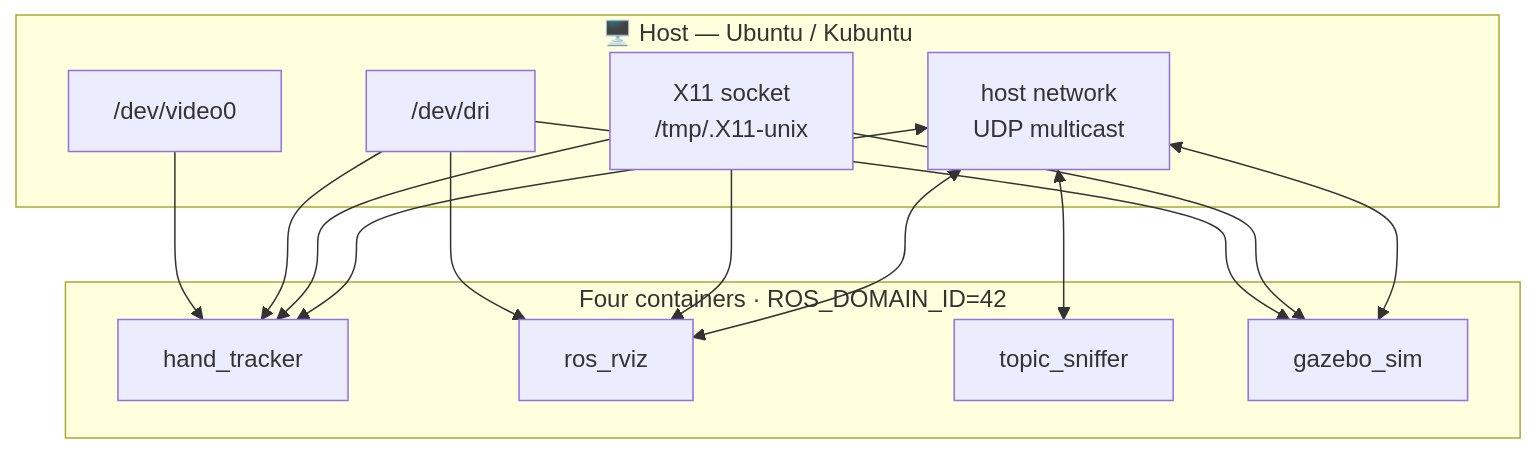
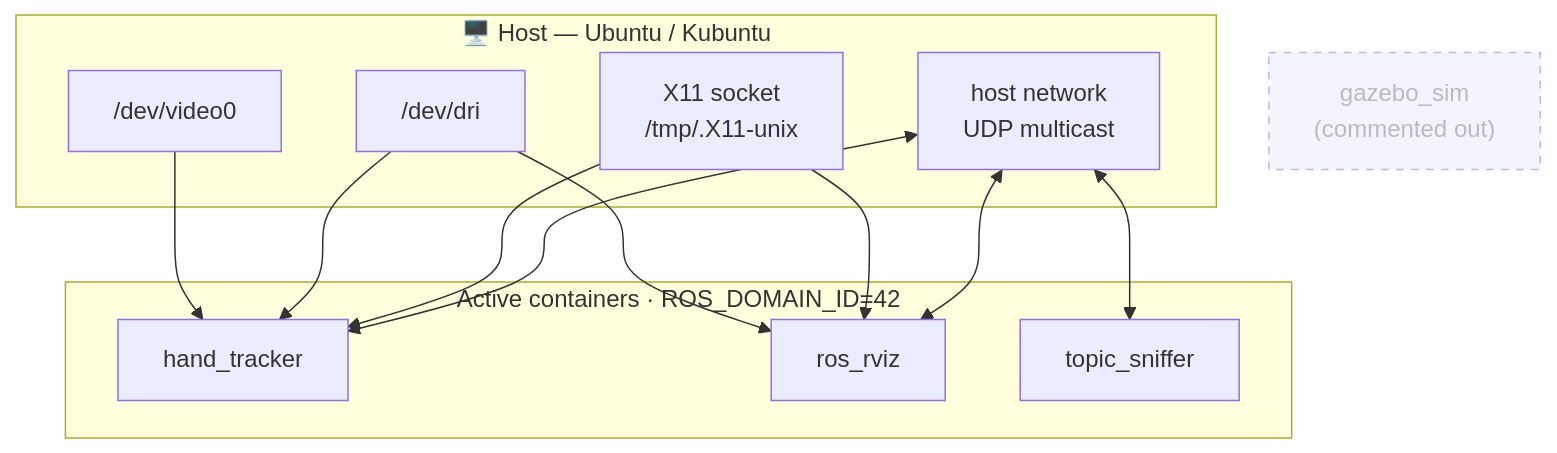
One commit to mulhamfetna/mulham-fetna-blog changed the diagram in content/Projects/ros2-mediapipe-robotic-hand-digital-twin-vision-teleoperation/docker-gazebo/index.md. Above: the diagram before and after it, drawn with Mermaid. The commit also changed other lines of this file and 23 other files, not shown here.

```diff
--- a/content/Projects/ros2-mediapipe-robotic-hand-digital-twin-vision-teleoperation/docker-gazebo/index.md
+++ b/content/Projects/ros2-mediapipe-robotic-hand-digital-twin-vision-teleoperation/docker-gazebo/index.md
@@ -34,26 +36,24 @@
 {{< mermaid >}}
 flowchart TB
     subgraph HOST["🖥️ Host — Ubuntu / Kubuntu"]
         X11["X11 socket<br>/tmp/.X11-unix"]
         CAM["/dev/video0"]
         GPU["/dev/dri"]
         NET["host network<br>UDP multicast"]
     end
-    subgraph C["Four containers · ROS_DOMAIN_ID=42"]
+    subgraph C["Active containers · ROS_DOMAIN_ID=42"]
         HT["hand_tracker"]
         RV["ros_rviz"]
         TS["topic_sniffer"]
-        GZ["gazebo_sim"]
     end
+    GZ["gazebo_sim<br>(commented out)"]:::parked
+    classDef parked stroke-dasharray: 5 5,opacity:0.55
     CAM --> HT
     GPU --> HT
     GPU --> RV
-    GPU --> GZ
     X11 --> HT
     X11 --> RV
-    X11 --> GZ
     NET <--> HT
     NET <--> RV
     NET <--> TS
-    NET <--> GZ
 {{< /mermaid >}}
```
